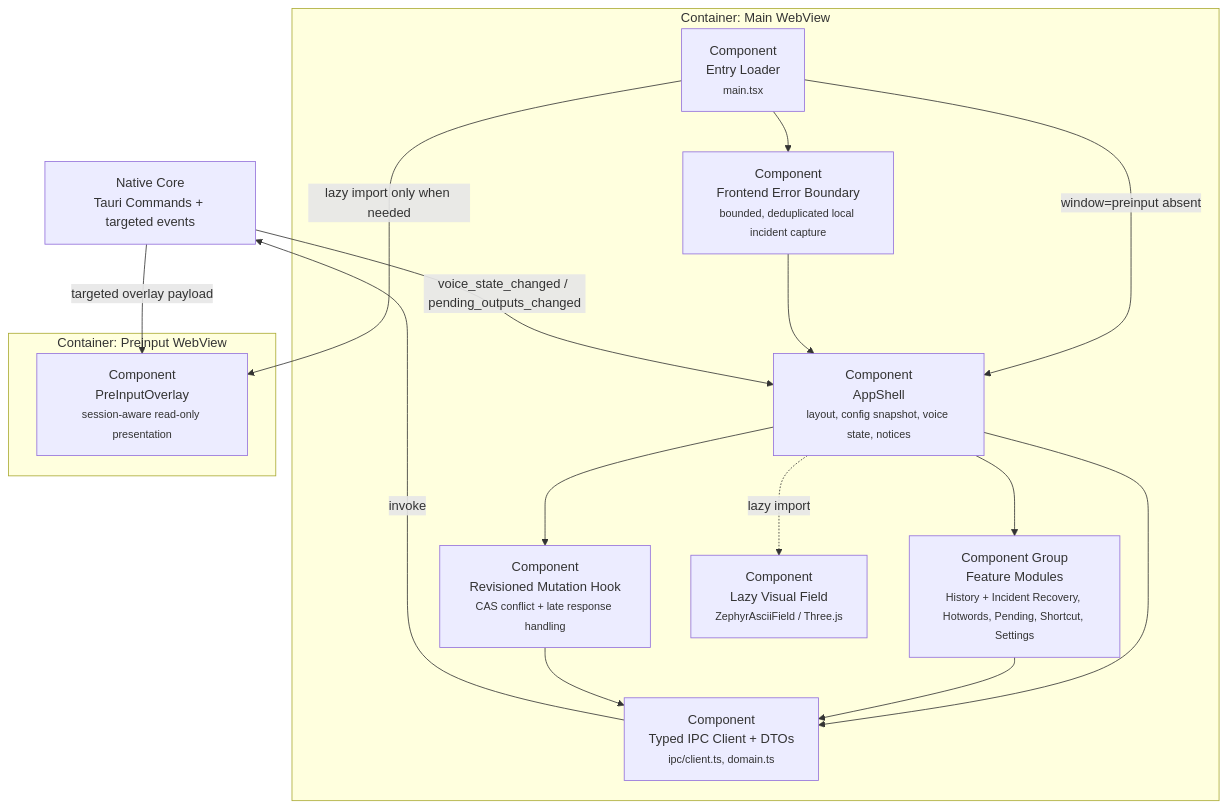
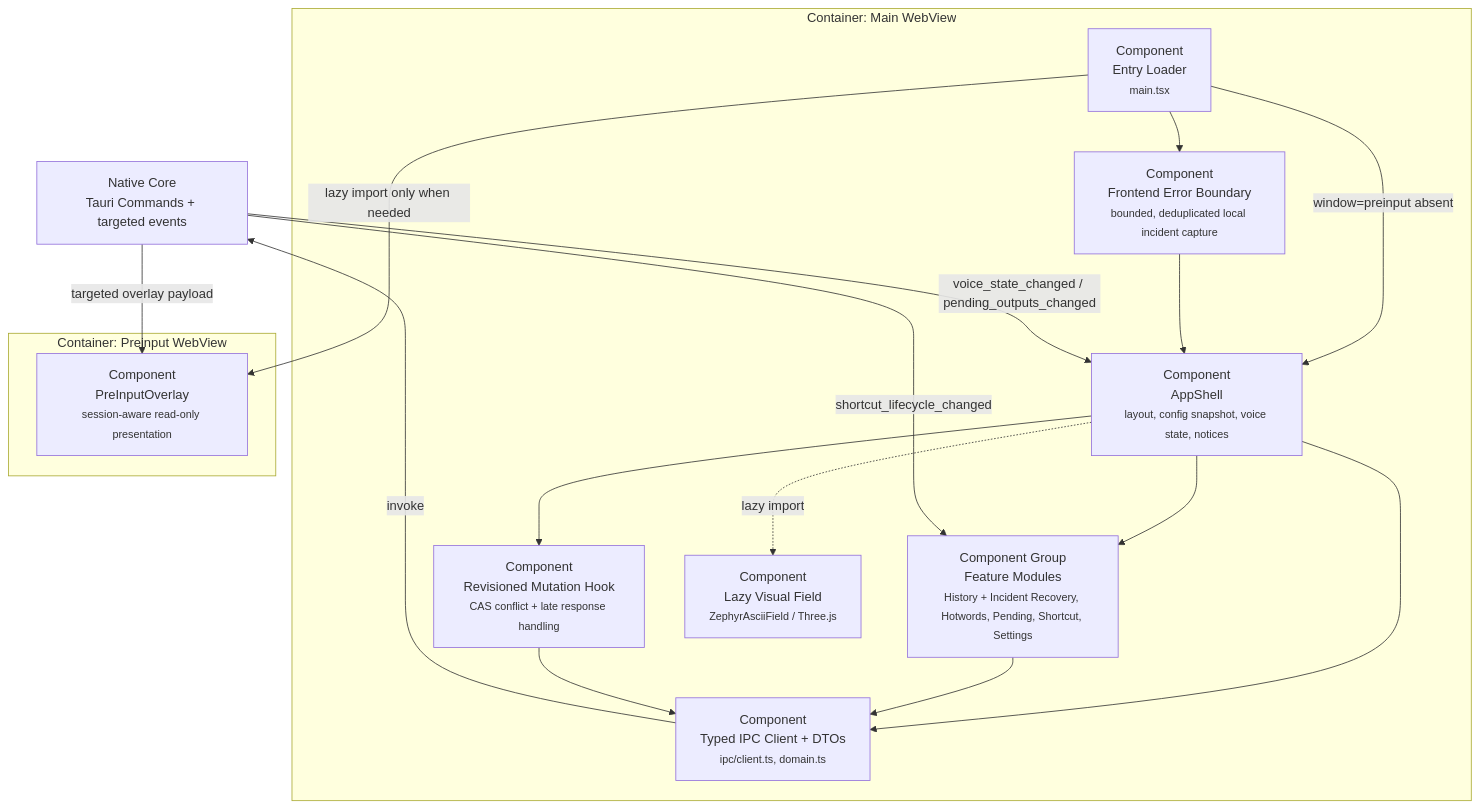
Before and after one commit to zhongwater123/Zephyr: the diagram in docs/architecture/c4-components-frontend.md, drawn with Mermaid. The commit also changed other lines of this file and 51 other files, not shown here.

````diff
--- a/docs/architecture/c4-components-frontend.md
+++ b/docs/architecture/c4-components-frontend.md
@@ -5,32 +5,33 @@
 ```mermaid
 flowchart TB
     tauri["Native Core<br/>Tauri Commands + targeted events"]
 
     subgraph main["Container: Main WebView"]
         entry["Component<br/>Entry Loader<br/><small>main.tsx</small>"]
         shell["Component<br/>AppShell<br/><small>layout, config snapshot, voice state, notices</small>"]
         errors["Component<br/>Frontend Error Boundary<br/><small>bounded, deduplicated local incident capture</small>"]
         revision["Component<br/>Revisioned Mutation Hook<br/><small>CAS conflict + late response handling</small>"]
         features["Component Group<br/>Feature Modules<br/><small>History + Incident Recovery, Hotwords, Pending, Shortcut, Settings</small>"]
         ipc["Component<br/>Typed IPC Client + DTOs<br/><small>ipc/client.ts, domain.ts</small>"]
         visual["Component<br/>Lazy Visual Field<br/><small>ZephyrAsciiField / Three.js</small>"]
     end
 
     subgraph preinput["Container: Preinput WebView"]
         overlay["Component<br/>PreInputOverlay<br/><small>session-aware read-only presentation</small>"]
     end
 
     entry -->|"window=preinput absent"| shell
     entry -->|"lazy import only when needed"| overlay
     shell --> revision
     shell --> features
     entry --> errors
     errors --> shell
     shell --> ipc
     shell -.->|"lazy import"| visual
     features --> ipc
     revision --> ipc
     ipc -->|"invoke"| tauri
     tauri -->|"voice_state_changed / pending_outputs_changed"| shell
+    tauri -->|"shortcut_lifecycle_changed"| features
     tauri -->|"targeted overlay payload"| overlay
 ```
````
